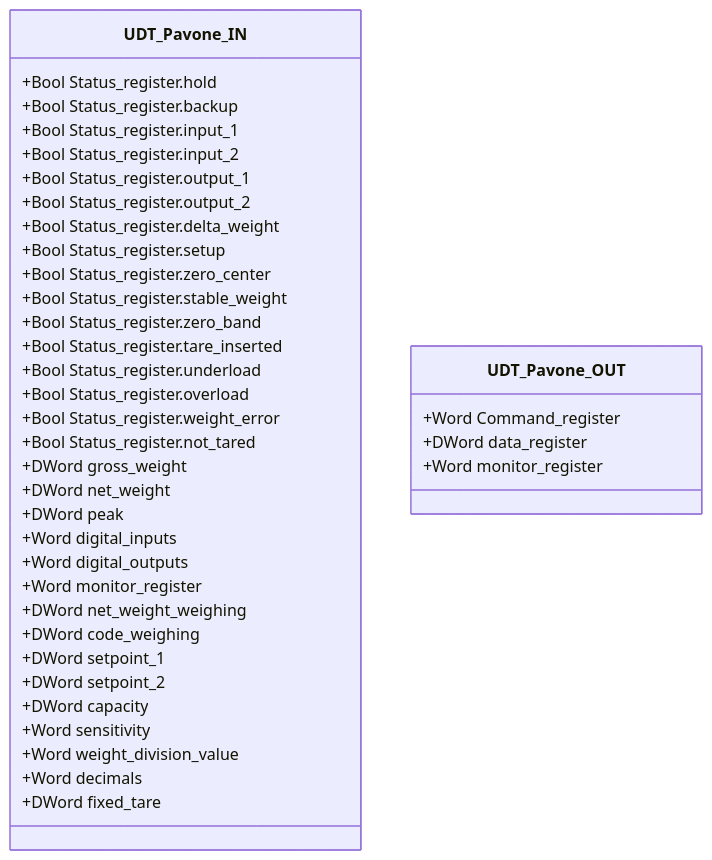
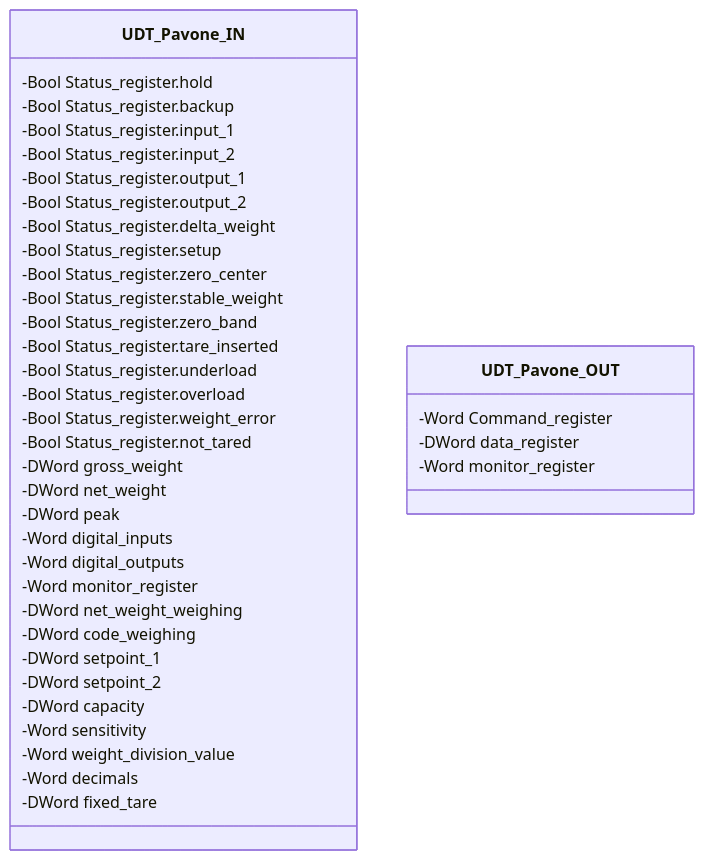
One commit to AleFire99/TIA_knowledge changed the diagram in docs/it/library/load-cells/pavone-dat-1400/index.md. Above: the diagram before and after it, drawn with Mermaid. The commit also changed other lines of this file and 14 other files, not shown here.

````diff
--- a/docs/it/library/load-cells/pavone-dat-1400/index.md
+++ b/docs/it/library/load-cells/pavone-dat-1400/index.md
@@ -54,41 +13,41 @@
 ```mermaid
 classDiagram
     class UDT_Pavone_IN {
-        +Bool Status_register.hold
-        +Bool Status_register.backup
-        +Bool Status_register.input_1
-        +Bool Status_register.input_2
-        +Bool Status_register.output_1
-        +Bool Status_register.output_2
-        +Bool Status_register.delta_weight
-        +Bool Status_register.setup
-        +Bool Status_register.zero_center
-        +Bool Status_register.stable_weight
-        +Bool Status_register.zero_band
-        +Bool Status_register.tare_inserted
-        +Bool Status_register.underload
-        +Bool Status_register.overload
-        +Bool Status_register.weight_error
-        +Bool Status_register.not_tared
-        +DWord gross_weight
-        +DWord net_weight
-        +DWord peak
-        +Word digital_inputs
-        +Word digital_outputs
-        +Word monitor_register
-        +DWord net_weight_weighing
-        +DWord code_weighing
-        +DWord setpoint_1
-        +DWord setpoint_2
-        +DWord capacity
-        +Word sensitivity
-        +Word weight_division_value
-        +Word decimals
-        +DWord fixed_tare
+        -Bool Status_register.hold
+        -Bool Status_register.backup
+        -Bool Status_register.input_1
+        -Bool Status_register.input_2
+        -Bool Status_register.output_1
+        -Bool Status_register.output_2
+        -Bool Status_register.delta_weight
+        -Bool Status_register.setup
+        -Bool Status_register.zero_center
+        -Bool Status_register.stable_weight
+        -Bool Status_register.zero_band
+        -Bool Status_register.tare_inserted
+        -Bool Status_register.underload
+        -Bool Status_register.overload
+        -Bool Status_register.weight_error
+        -Bool Status_register.not_tared
+        -DWord gross_weight
+        -DWord net_weight
+        -DWord peak
+        -Word digital_inputs
+        -Word digital_outputs
+        -Word monitor_register
+        -DWord net_weight_weighing
+        -DWord code_weighing
+        -DWord setpoint_1
+        -DWord setpoint_2
+        -DWord capacity
+        -Word sensitivity
+        -Word weight_division_value
+        -Word decimals
+        -DWord fixed_tare
     }
     class UDT_Pavone_OUT {
-        +Word Command_register
-        +DWord data_register
-        +Word monitor_register
+        -Word Command_register
+        -DWord data_register
+        -Word monitor_register
     }
 ```
````
